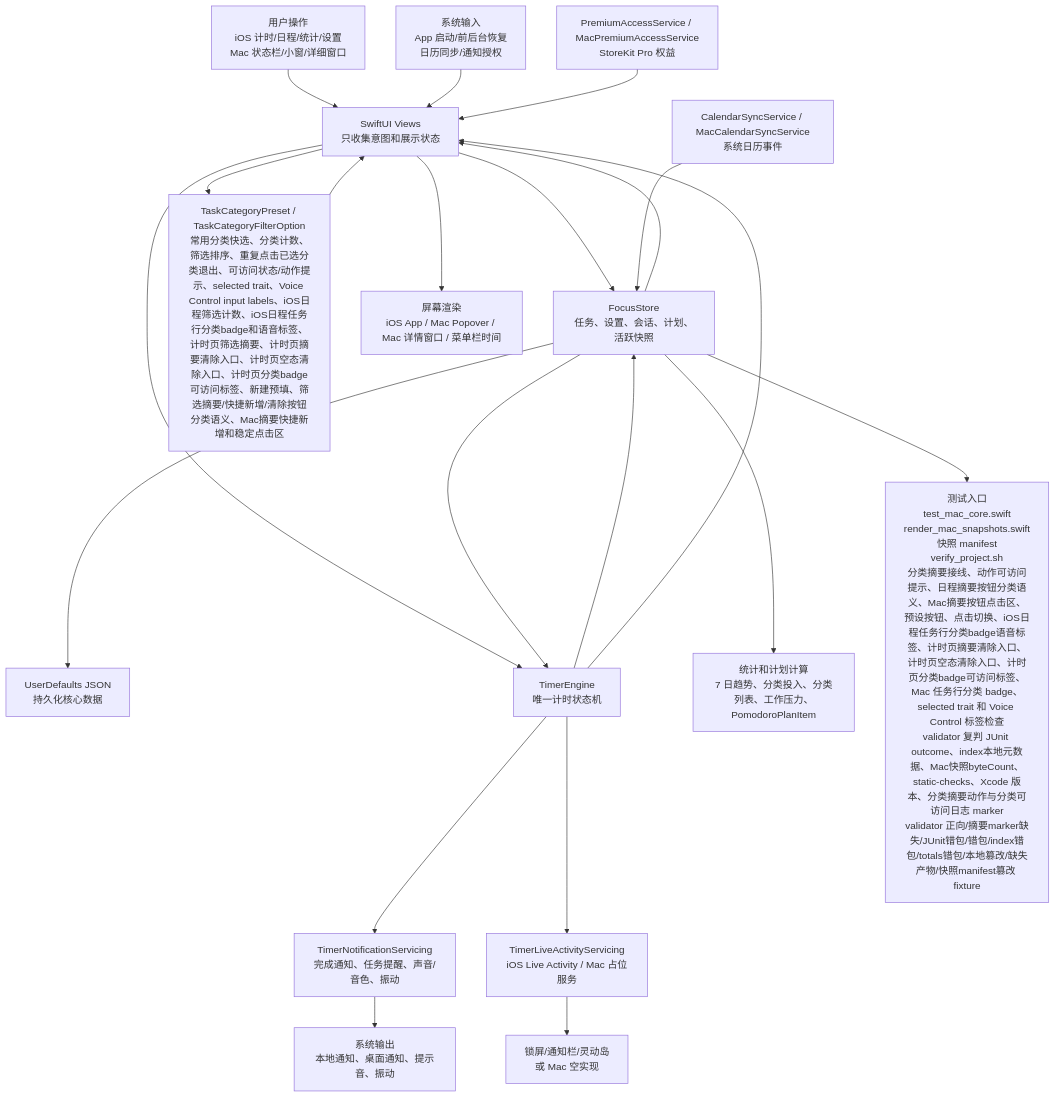
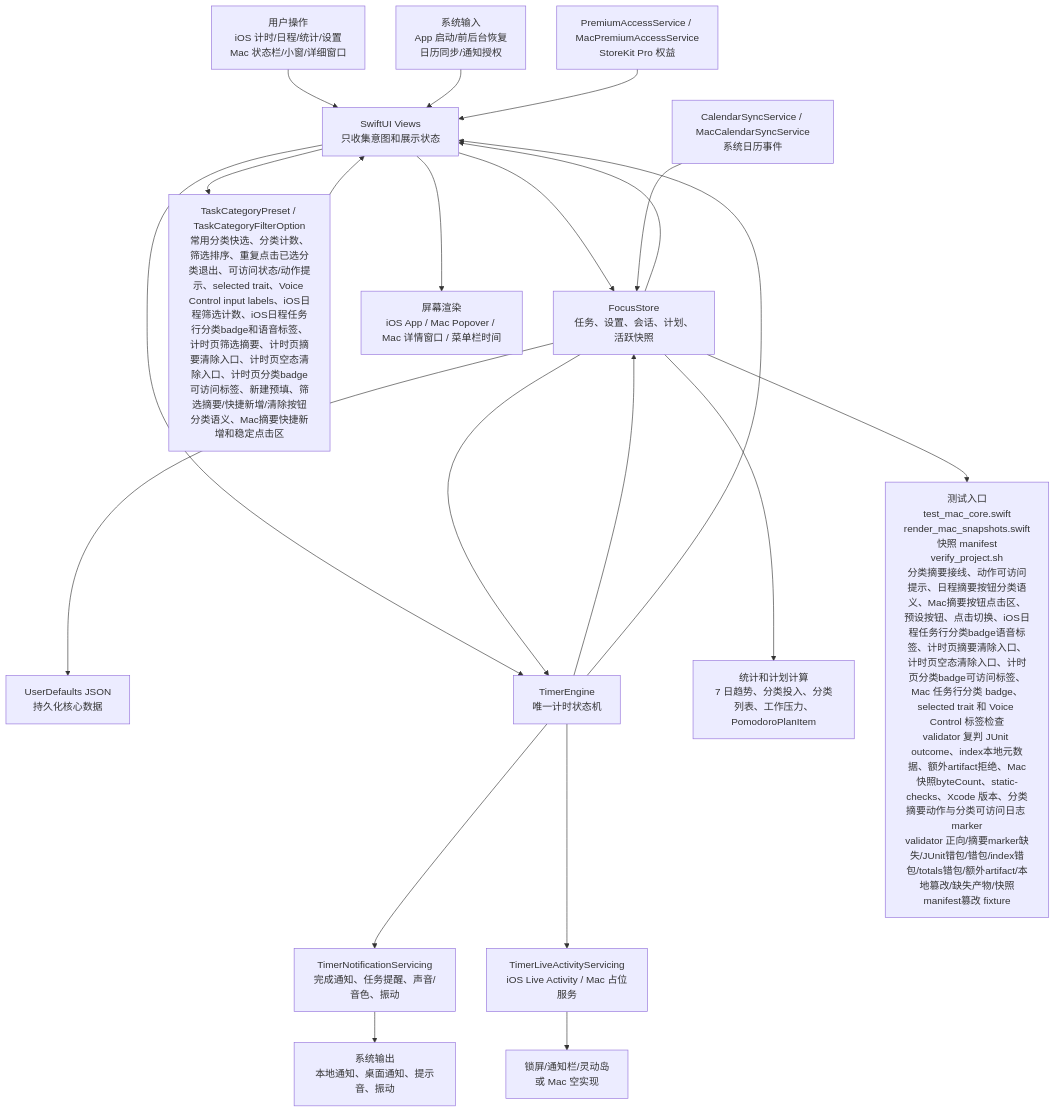
One commit to Altman-sam114/114 changed the first of 6 diagrams in md/flow/flowchart.md. Above: the diagram before and after it, drawn with Mermaid. The commit also changed other lines of this file and 7 other files, not shown here.

````diff
--- a/md/flow/flowchart.md
+++ b/md/flow/flowchart.md
@@ -9,23 +9,23 @@
 ```mermaid
 flowchart TD
   U["用户操作<br/>iOS 计时/日程/统计/设置<br/>Mac 状态栏/小窗/详细窗口"] --> V["SwiftUI Views<br/>只收集意图和展示状态"]
   SYS["系统输入<br/>App 启动/前后台恢复<br/>日历同步/通知授权"] --> V
   V --> S["FocusStore<br/>任务、设置、会话、计划、活跃快照"]
   V --> CAT["TaskCategoryPreset / TaskCategoryFilterOption<br/>常用分类快选、分类计数、筛选排序、重复点击已选分类退出、可访问状态/动作提示、selected trait、Voice Control input labels、iOS日程筛选计数、iOS日程任务行分类badge和语音标签、计时页筛选摘要、计时页摘要清除入口、计时页空态清除入口、计时页分类badge可访问标签、新建预填、筛选摘要/快捷新增/清除按钮分类语义、Mac摘要快捷新增和稳定点击区"]
   CAT --> V
   S --> P["UserDefaults JSON<br/>持久化核心数据"]
   V --> E["TimerEngine<br/>唯一计时状态机"]
   S --> E
   E --> S
   E --> N["TimerNotificationServicing<br/>完成通知、任务提醒、声音/音色、振动"]
   E --> L["TimerLiveActivityServicing<br/>iOS Live Activity / Mac 占位服务"]
   S --> C["统计和计划计算<br/>7 日趋势、分类投入、分类列表、工作压力、PomodoroPlanItem"]
   CAL["CalendarSyncService / MacCalendarSyncService<br/>系统日历事件"] --> S
   PRO["PremiumAccessService / MacPremiumAccessService<br/>StoreKit Pro 权益"] --> V
   S --> V
   E --> V
   V --> OUT["屏幕渲染<br/>iOS App / Mac Popover / Mac 详情窗口 / 菜单栏时间"]
   N --> OUT2["系统输出<br/>本地通知、桌面通知、提示音、振动"]
   L --> OUT3["锁屏/通知栏/灵动岛<br/>或 Mac 空实现"]
-  S --> T["测试入口<br/>test_mac_core.swift<br/>render_mac_snapshots.swift<br/>快照 manifest<br/>verify_project.sh<br/>分类摘要接线、动作可访问提示、日程摘要按钮分类语义、Mac摘要按钮点击区、预设按钮、点击切换、iOS日程任务行分类badge语音标签、计时页摘要清除入口、计时页空态清除入口、计时页分类badge可访问标签、Mac 任务行分类 badge、selected trait 和 Voice Control 标签检查<br/>validator 复判 JUnit outcome、index本地元数据、Mac快照byteCount、static-checks、Xcode 版本、分类摘要动作与分类可访问日志 marker<br/>validator 正向/摘要marker缺失/JUnit错包/错包/index错包/totals错包/本地篡改/缺失产物/快照manifest篡改 fixture"]
+  S --> T["测试入口<br/>test_mac_core.swift<br/>render_mac_snapshots.swift<br/>快照 manifest<br/>verify_project.sh<br/>分类摘要接线、动作可访问提示、日程摘要按钮分类语义、Mac摘要按钮点击区、预设按钮、点击切换、iOS日程任务行分类badge语音标签、计时页摘要清除入口、计时页空态清除入口、计时页分类badge可访问标签、Mac 任务行分类 badge、selected trait 和 Voice Control 标签检查<br/>validator 复判 JUnit outcome、index本地元数据、额外artifact拒绝、Mac快照byteCount、static-checks、Xcode 版本、分类摘要动作与分类可访问日志 marker<br/>validator 正向/摘要marker缺失/JUnit错包/错包/index错包/totals错包/额外artifact/本地篡改/缺失产物/快照manifest篡改 fixture"]
 ```
````
